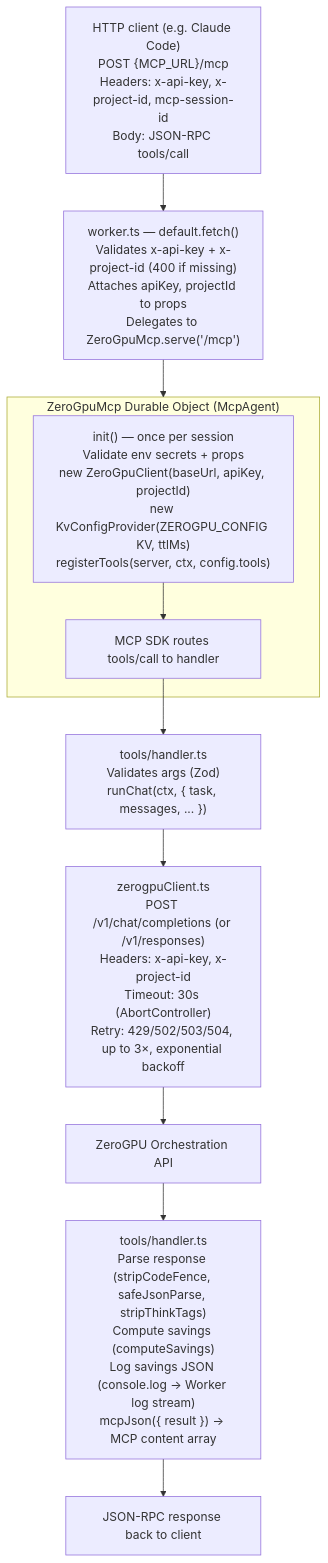
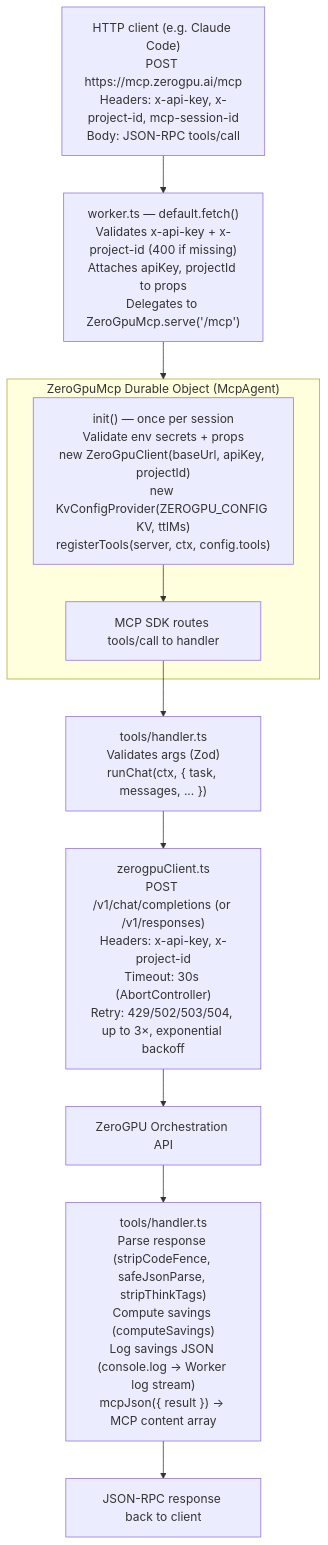
The third of 4 diagrams in README.md (zerogpu/zerogpu-router), drawn with Mermaid before and after one commit. The commit also changed other lines of this file and 2 other files, not shown here.

Commit message:
Docs: public MCP Worker at https://mcp.zerogpu.ai

````diff
--- a/README.md
+++ b/README.md
@@ -538,30 +540,30 @@
 ```mermaid
 flowchart TD
-    Client["HTTP client (e.g. Claude Code)\nPOST {MCP_URL}/mcp\nHeaders: x-api-key, x-project-id, mcp-session-id\nBody: JSON-RPC tools/call"]
+    Client["HTTP client (e.g. Claude Code)\nPOST https://mcp.zerogpu.ai/mcp\nHeaders: x-api-key, x-project-id, mcp-session-id\nBody: JSON-RPC tools/call"]
 
     Worker["worker.ts — default.fetch()\nValidates x-api-key + x-project-id (400 if missing)\nAttaches apiKey, projectId to props\nDelegates to ZeroGpuMcp.serve('/mcp')"]
 
     subgraph DO["ZeroGpuMcp Durable Object (McpAgent)"]
         Init["init() — once per session\nValidate env secrets + props\nnew ZeroGpuClient(baseUrl, apiKey, projectId)\nnew KvConfigProvider(ZEROGPU_CONFIG KV, ttlMs)\nregisterTools(server, ctx, config.tools)"]
         SDK["MCP SDK routes tools/call to handler"]
     end
 
     Handler["tools/handler.ts\nValidates args (Zod)\nrunChat(ctx, { task, messages, ... })"]
 
     ZGClient["zerogpuClient.ts\nPOST /v1/chat/completions (or /v1/responses)\nHeaders: x-api-key, x-project-id\nTimeout: 30s (AbortController)\nRetry: 429/502/503/504, up to 3×, exponential backoff"]
 
     API["ZeroGPU Orchestration API"]
 
     Parse["tools/handler.ts\nParse response (stripCodeFence, safeJsonParse, stripThinkTags)\nCompute savings (computeSavings)\nLog savings JSON (console.log → Worker log stream)\nmcpJson({ result }) → MCP content array"]
 
     Response["JSON-RPC response back to client"]
 
     Client --> Worker
     Worker --> DO
     Init --> SDK
     SDK --> Handler
     Handler --> ZGClient
     ZGClient --> API
     API --> Parse
     Parse --> Response
 ```
````
